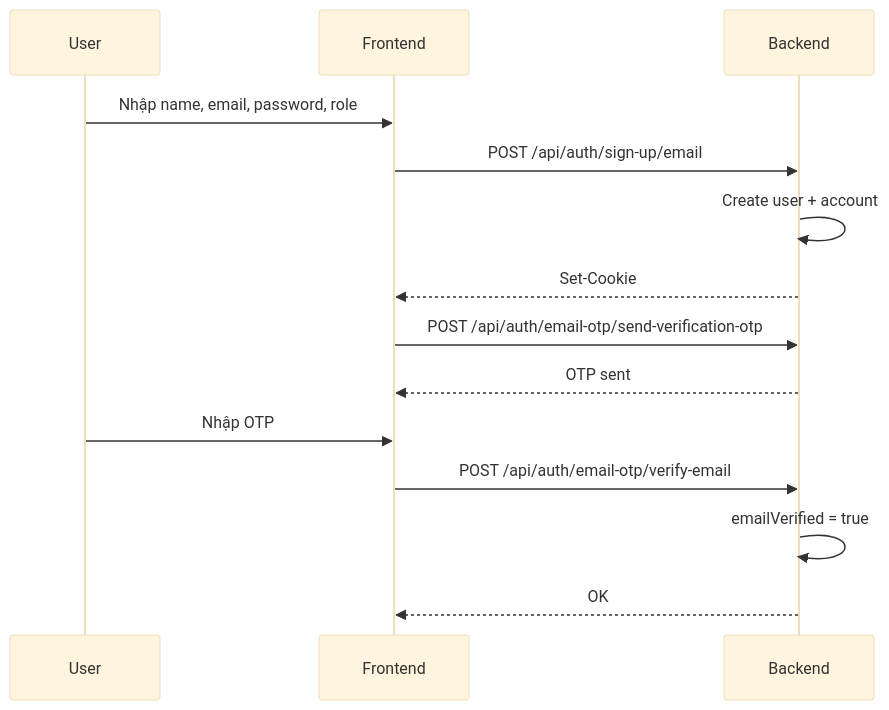
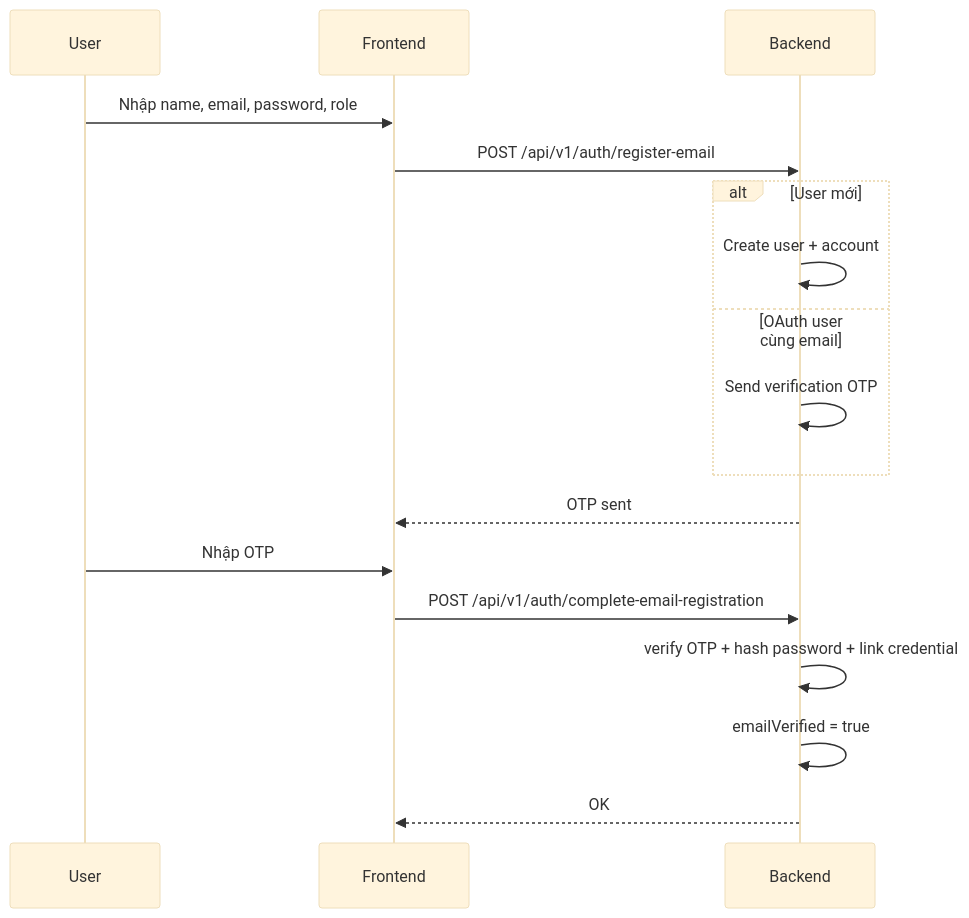
One commit to Hieuej147/job-PhuQuoc changed the third of 27 diagrams in TEAM_FE_DOCUMENT.md. Above: the diagram before and after it, drawn with Mermaid (base theme). The commit also changed other lines of this file and 49 other files, not shown here.

````diff
--- a/TEAM_FE_DOCUMENT.md
+++ b/TEAM_FE_DOCUMENT.md
@@ -280,17 +281,20 @@
 ```mermaid
 sequenceDiagram
     participant U as User
     participant FE as Frontend
     participant BE as Backend
 
     U->>FE: Nhập name, email, password, role
-    FE->>BE: POST /api/auth/sign-up/email
-    BE->>BE: Create user + account
-    BE-->>FE: Set-Cookie
-    FE->>BE: POST /api/auth/email-otp/send-verification-otp
+    FE->>BE: POST /api/v1/auth/register-email
+    alt User mới
+        BE->>BE: Create user + account
+    else OAuth user cùng email
+        BE->>BE: Send verification OTP
+    end
     BE-->>FE: OTP sent
     U->>FE: Nhập OTP
-    FE->>BE: POST /api/auth/email-otp/verify-email
-    BE->>BE: emailVerified = true
-    BE-->>FE: OK
+    FE->>BE: POST /api/v1/auth/complete-email-registration
+    BE->>BE: verify OTP + hash password + link credential
+BE->>BE: emailVerified = true
+BE-->>FE: OK
 ```
````
